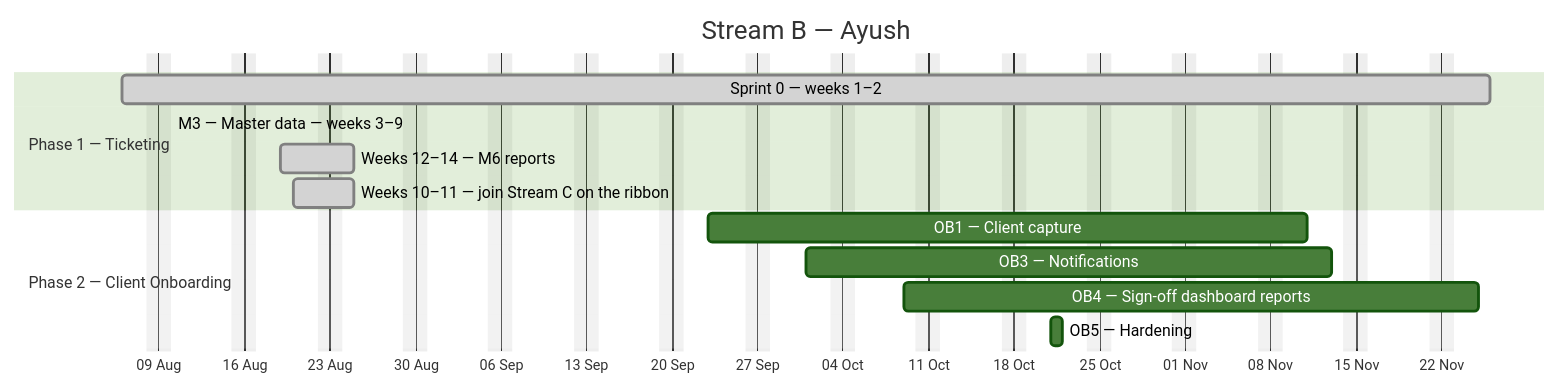
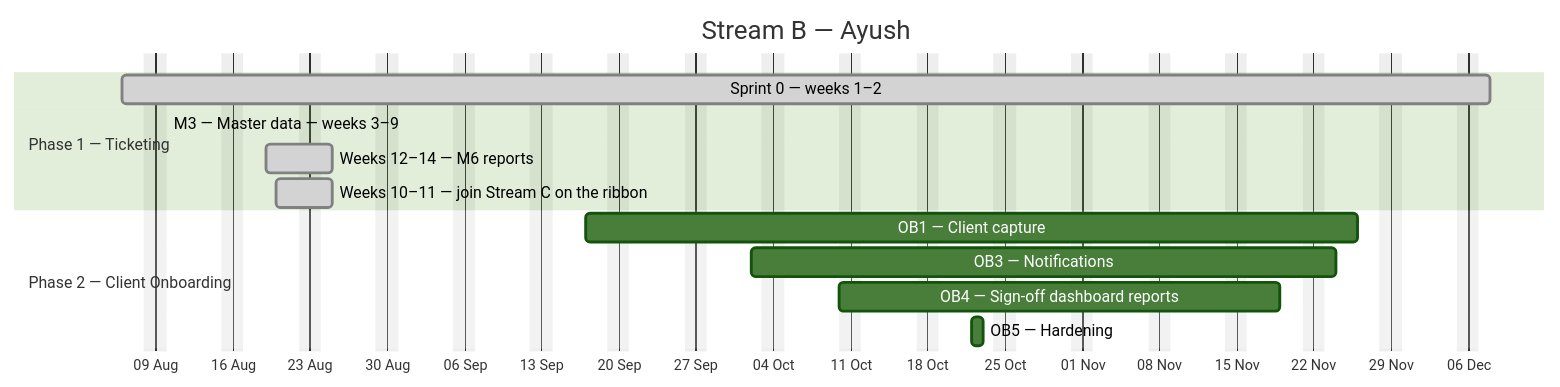
The second of 4 diagrams in docs/plan/GANTT.md (debashisedunext/EduTrack), drawn with Mermaid (forest theme) before and after one commit. The commit also changed other lines of this file and 9 other files, not shown here.

````diff
--- a/docs/plan/GANTT.md
+++ b/docs/plan/GANTT.md
@@ -166,17 +163,17 @@
 ```mermaid
 gantt
     dateFormat YYYY-MM-DD
     axisFormat %d %b
     title Stream B — Ayush
     excludes weekends
     section Phase 1 — Ticketing
-    Sprint 0 — weeks 1–2 :done, b0, 2026-08-06, 80d
-    M3 — Master data — weeks 3–9 :done, b1, 2026-08-10, -67d
+    Sprint 0 — weeks 1–2 :done, b0, 2026-08-06, 88d
+    M3 — Master data — weeks 3–9 :done, b1, 2026-08-10, -75d
     Weeks 12–14 — M6 reports :done, b2, 2026-08-19, 4d
     Weeks 10–11 — join Stream C on the ribbon :done, b3, 2026-08-20, 3d
     section Phase 2 — Client Onboarding
-    OB1 — Client capture :b4, 2026-09-23, 35d
-    OB3 — Notifications :b5, 2026-10-01, 31d
-    OB4 — Sign-off  dashboard  reports :b6, 2026-10-09, 33d
-    OB5 — Hardening :b7, 2026-10-21, 1d
+    OB1 — Client capture :b4, 2026-09-17, 50d
+    OB3 — Notifications :b5, 2026-10-02, 37d
+    OB4 — Sign-off  dashboard  reports :b6, 2026-10-10, 29d
+    OB5 — Hardening :b7, 2026-10-22, 1d
 ```
````
